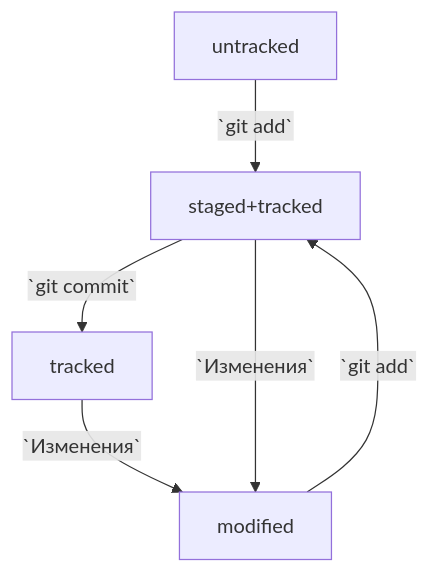
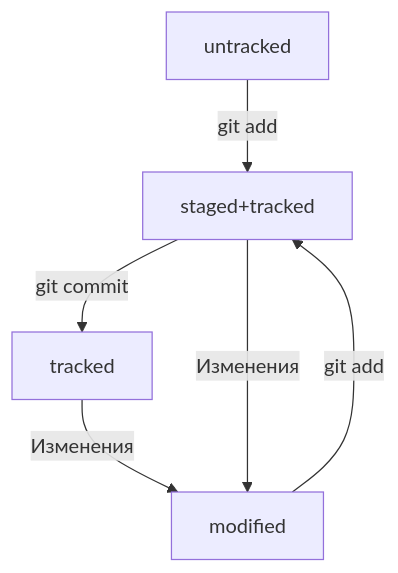
Before and after one commit to Demyan-U/first-project: the diagram in readme.md, drawn with Mermaid. The commit also changed other lines of this file, not shown here.

````diff
--- a/readme.md
+++ b/readme.md
@@ -172,14 +177,14 @@
 ```mermaid
 flowchart TD;
 
-A[untracked] -- `git add` --> B[staged+tracked];
+A[untracked] -- git add --> B[staged+tracked];
 
-B -- `git commit` --> C[tracked];
+B -- git commit --> C[tracked];
 
-C -- `Изменения` --> D[modified];
+C -- Изменения --> D[modified];
 
-D -- `git add` --> B;
+D -- git add --> B;
 
-B -- `Изменения` --> D;
+B -- Изменения --> D;
 
 ```
````
